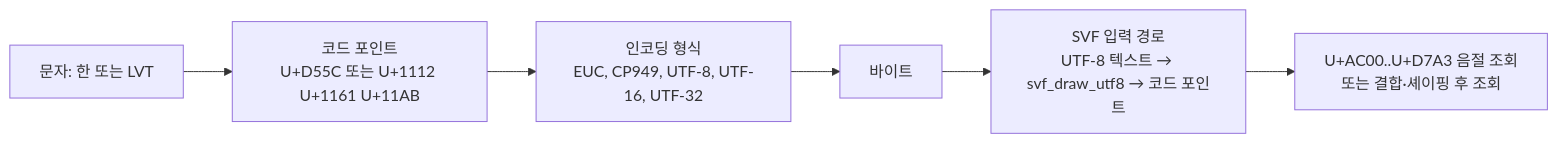
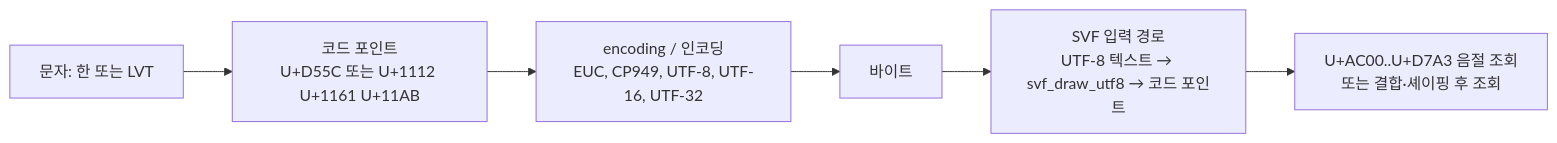
The second of 27 diagrams in docs/jamo-sets.ko.md (TaehyunKimLL/svf-fonts-open), drawn with Mermaid before and after one commit. The commit also changed other lines of this file and 11 other files, not shown here.

````diff
--- a/docs/jamo-sets.ko.md
+++ b/docs/jamo-sets.ko.md
@@ -108,8 +108,8 @@
 ```mermaid
 flowchart LR
   C["문자: 한 또는 LVT"] --> P["코드 포인트<br/>U+D55C 또는 U+1112 U+1161 U+11AB"]
-  P --> F["인코딩 형식<br/>EUC, CP949, UTF-8, UTF-16, UTF-32"]
+  P --> F["encoding / 인코딩<br/>EUC, CP949, UTF-8, UTF-16, UTF-32"]
   F --> B["바이트"]
   B --> S["SVF 입력 경로<br/>UTF-8 텍스트 → svf_draw_utf8 → 코드 포인트"]
   S --> V["U+AC00..U+D7A3 음절 조회<br/>또는 결합·셰이핑 후 조회"]
 ```
````
